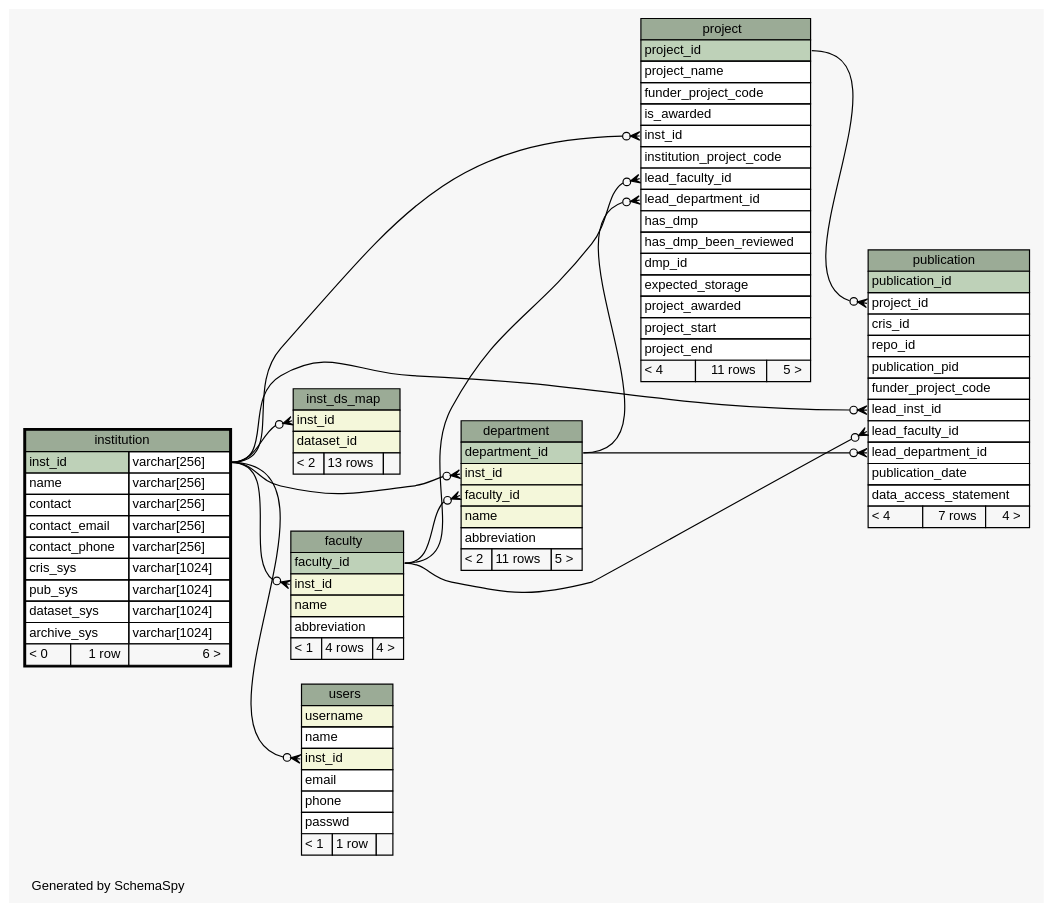
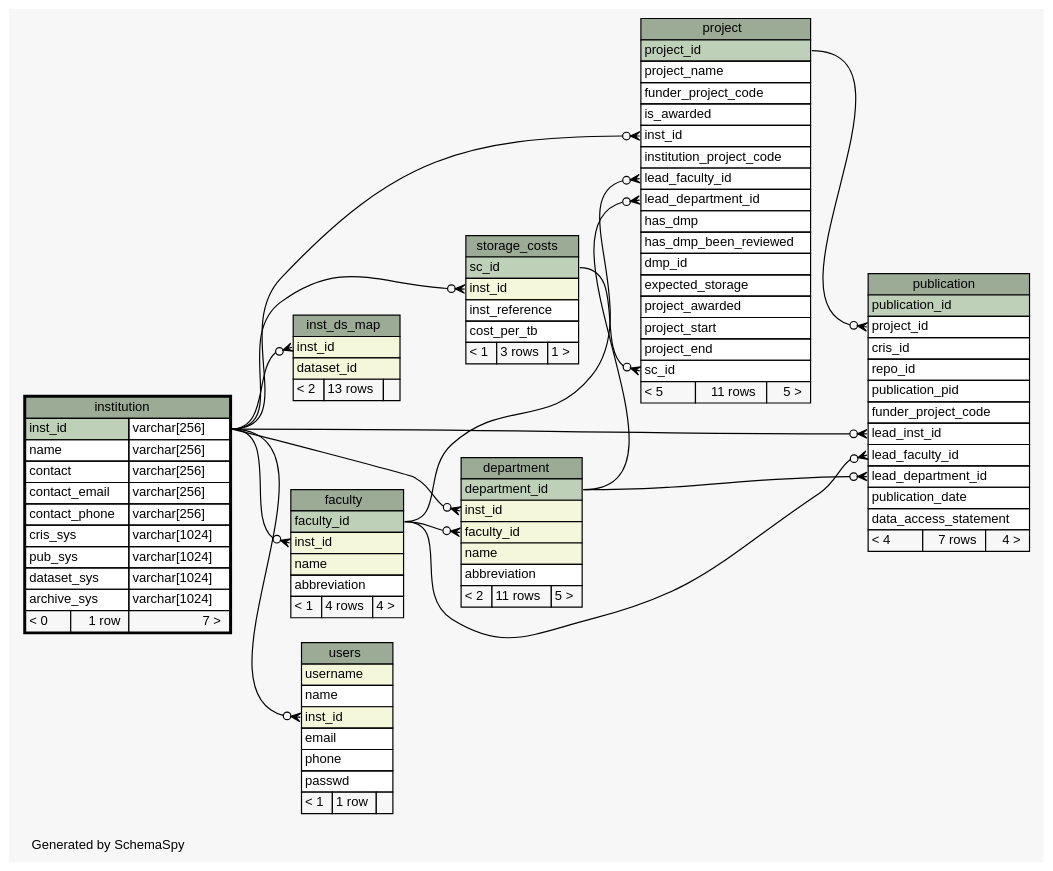
Before and after one commit to lulibrary/dmao_infrastructure: the diagram in ss.out/diagrams/institution.1degree.dot, drawn with Graphviz. The commit also changed 109 other files, not shown here.

Commit message:
some tidying up of no longer used stuff in nginx_dmaonline.conf, added a table and view to provide project expected storage costs

```diff
--- a/ss.out/diagrams/institution.1degree.dot
+++ b/ss.out/diagrams/institution.1degree.dot
@@ -1,149 +1,165 @@
 // dot 2.36.0 on Linux 3.13.0-55-generic
 // SchemaSpy rev 590
 digraph "oneDegreeRelationshipsDiagram" {
   graph [
     rankdir="RL"
     bgcolor="#f7f7f7"
     label="\nGenerated by SchemaSpy"
     labeljust="l"
     nodesep="0.18"
     ranksep="0.46"
     fontname="Helvetica"
     fontsize="11"
   ];
   node [
     fontname="Helvetica"
     fontsize="11"
     shape="plaintext"
   ];
   edge [
     arrowsize="0.8"
   ];
   "department":"faculty_id":w -> "faculty":"faculty_id":e [arrowhead=none dir=back arrowtail=crowodot];
   "department":"inst_id":w -> "institution":"inst_id.type":e [arrowhead=none dir=back arrowtail=crowodot];
   "faculty":"inst_id":w -> "institution":"inst_id.type":e [arrowhead=none dir=back arrowtail=crowodot];
   "inst_ds_map":"inst_id":w -> "institution":"inst_id.type":e [arrowhead=none dir=back arrowtail=crowodot];
   "project":"inst_id":w -> "institution":"inst_id.type":e [arrowhead=none dir=back arrowtail=crowodot];
   "project":"lead_department_id":w -> "department":"department_id":e [arrowhead=none dir=back arrowtail=crowodot];
   "project":"lead_faculty_id":w -> "faculty":"faculty_id":e [arrowhead=none dir=back arrowtail=crowodot];
+  "project":"sc_id":w -> "storage_costs":"sc_id":e [arrowhead=none dir=back arrowtail=crowodot];
   "publication":"lead_department_id":w -> "department":"department_id":e [arrowhead=none dir=back arrowtail=crowodot];
   "publication":"lead_faculty_id":w -> "faculty":"faculty_id":e [arrowhead=none dir=back arrowtail=crowodot];
   "publication":"lead_inst_id":w -> "institution":"inst_id.type":e [arrowhead=none dir=back arrowtail=crowodot];
   "publication":"project_id":w -> "project":"project_id":e [arrowhead=none dir=back arrowtail=crowodot];
+  "storage_costs":"inst_id":w -> "institution":"inst_id.type":e [arrowhead=none dir=back arrowtail=crowodot];
   "users":"inst_id":w -> "institution":"inst_id.type":e [arrowhead=none dir=back arrowtail=crowodot];
   "department" [
     label=<
     <TABLE BORDER="0" CELLBORDER="1" CELLSPACING="0" BGCOLOR="#ffffff">
       <TR><TD COLSPAN="3" BGCOLOR="#9bab96" ALIGN="CENTER">department</TD></TR>
       <TR><TD PORT="department_id" COLSPAN="3" BGCOLOR="#bed1b8" ALIGN="LEFT">department_id</TD></TR>
       <TR><TD PORT="inst_id" COLSPAN="3" BGCOLOR="#f4f7da" ALIGN="LEFT">inst_id</TD></TR>
       <TR><TD PORT="faculty_id" COLSPAN="3" BGCOLOR="#f4f7da" ALIGN="LEFT">faculty_id</TD></TR>
       <TR><TD PORT="name" COLSPAN="3" BGCOLOR="#f4f7da" ALIGN="LEFT">name</TD></TR>
       <TR><TD PORT="abbreviation" COLSPAN="3" ALIGN="LEFT">abbreviation</TD></TR>
       <TR><TD ALIGN="LEFT" BGCOLOR="#f7f7f7">&lt; 2</TD><TD ALIGN="RIGHT" BGCOLOR="#f7f7f7">11 rows</TD><TD ALIGN="RIGHT" BGCOLOR="#f7f7f7">5 &gt;</TD></TR>
     </TABLE>>
     URL="department.html"
     tooltip="department"
   ];
   "faculty" [
     label=<
     <TABLE BORDER="0" CELLBORDER="1" CELLSPACING="0" BGCOLOR="#ffffff">
       <TR><TD COLSPAN="3" BGCOLOR="#9bab96" ALIGN="CENTER">faculty</TD></TR>
       <TR><TD PORT="faculty_id" COLSPAN="3" BGCOLOR="#bed1b8" ALIGN="LEFT">faculty_id</TD></TR>
       <TR><TD PORT="inst_id" COLSPAN="3" BGCOLOR="#f4f7da" ALIGN="LEFT">inst_id</TD></TR>
       <TR><TD PORT="name" COLSPAN="3" BGCOLOR="#f4f7da" ALIGN="LEFT">name</TD></TR>
       <TR><TD PORT="abbreviation" COLSPAN="3" ALIGN="LEFT">abbreviation</TD></TR>
       <TR><TD ALIGN="LEFT" BGCOLOR="#f7f7f7">&lt; 1</TD><TD ALIGN="RIGHT" BGCOLOR="#f7f7f7">4 rows</TD><TD ALIGN="RIGHT" BGCOLOR="#f7f7f7">4 &gt;</TD></TR>
     </TABLE>>
     URL="faculty.html"
     tooltip="faculty"
   ];
   "inst_ds_map" [
     label=<
     <TABLE BORDER="0" CELLBORDER="1" CELLSPACING="0" BGCOLOR="#ffffff">
       <TR><TD COLSPAN="3" BGCOLOR="#9bab96" ALIGN="CENTER">inst_ds_map</TD></TR>
       <TR><TD PORT="inst_id" COLSPAN="3" BGCOLOR="#f4f7da" ALIGN="LEFT">inst_id</TD></TR>
       <TR><TD PORT="dataset_id" COLSPAN="3" BGCOLOR="#f4f7da" ALIGN="LEFT">dataset_id</TD></TR>
       <TR><TD ALIGN="LEFT" BGCOLOR="#f7f7f7">&lt; 2</TD><TD ALIGN="RIGHT" BGCOLOR="#f7f7f7">13 rows</TD><TD ALIGN="RIGHT" BGCOLOR="#f7f7f7">  </TD></TR>
     </TABLE>>
     URL="inst_ds_map.html"
     tooltip="inst_ds_map"
   ];
   "institution" [
     label=<
     <TABLE BORDER="2" CELLBORDER="1" CELLSPACING="0" BGCOLOR="#ffffff">
       <TR><TD COLSPAN="3" BGCOLOR="#9bab96" ALIGN="CENTER">institution</TD></TR>
       <TR><TD PORT="inst_id" COLSPAN="2" BGCOLOR="#bed1b8" ALIGN="LEFT">inst_id</TD><TD PORT="inst_id.type" ALIGN="LEFT">varchar[256]</TD></TR>
       <TR><TD PORT="name" COLSPAN="2" ALIGN="LEFT">name</TD><TD PORT="name.type" ALIGN="LEFT">varchar[256]</TD></TR>
       <TR><TD PORT="contact" COLSPAN="2" ALIGN="LEFT">contact</TD><TD PORT="contact.type" ALIGN="LEFT">varchar[256]</TD></TR>
       <TR><TD PORT="contact_email" COLSPAN="2" ALIGN="LEFT">contact_email</TD><TD PORT="contact_email.type" ALIGN="LEFT">varchar[256]</TD></TR>
       <TR><TD PORT="contact_phone" COLSPAN="2" ALIGN="LEFT">contact_phone</TD><TD PORT="contact_phone.type" ALIGN="LEFT">varchar[256]</TD></TR>
       <TR><TD PORT="cris_sys" COLSPAN="2" ALIGN="LEFT">cris_sys</TD><TD PORT="cris_sys.type" ALIGN="LEFT">varchar[1024]</TD></TR>
       <TR><TD PORT="pub_sys" COLSPAN="2" ALIGN="LEFT">pub_sys</TD><TD PORT="pub_sys.type" ALIGN="LEFT">varchar[1024]</TD></TR>
       <TR><TD PORT="dataset_sys" COLSPAN="2" ALIGN="LEFT">dataset_sys</TD><TD PORT="dataset_sys.type" ALIGN="LEFT">varchar[1024]</TD></TR>
       <TR><TD PORT="archive_sys" COLSPAN="2" ALIGN="LEFT">archive_sys</TD><TD PORT="archive_sys.type" ALIGN="LEFT">varchar[1024]</TD></TR>
-      <TR><TD ALIGN="LEFT" BGCOLOR="#f7f7f7">&lt; 0</TD><TD ALIGN="RIGHT" BGCOLOR="#f7f7f7">1 row</TD><TD ALIGN="RIGHT" BGCOLOR="#f7f7f7">6 &gt;</TD></TR>
+      <TR><TD ALIGN="LEFT" BGCOLOR="#f7f7f7">&lt; 0</TD><TD ALIGN="RIGHT" BGCOLOR="#f7f7f7">1 row</TD><TD ALIGN="RIGHT" BGCOLOR="#f7f7f7">7 &gt;</TD></TR>
     </TABLE>>
     URL="institution.html"
     tooltip="institution"
   ];
   "project" [
     label=<
     <TABLE BORDER="0" CELLBORDER="1" CELLSPACING="0" BGCOLOR="#ffffff">
       <TR><TD COLSPAN="3" BGCOLOR="#9bab96" ALIGN="CENTER">project</TD></TR>
       <TR><TD PORT="project_id" COLSPAN="3" BGCOLOR="#bed1b8" ALIGN="LEFT">project_id</TD></TR>
       <TR><TD PORT="project_name" COLSPAN="3" ALIGN="LEFT">project_name</TD></TR>
       <TR><TD PORT="funder_project_code" COLSPAN="3" ALIGN="LEFT">funder_project_code</TD></TR>
       <TR><TD PORT="is_awarded" COLSPAN="3" ALIGN="LEFT">is_awarded</TD></TR>
       <TR><TD PORT="inst_id" COLSPAN="3" ALIGN="LEFT">inst_id</TD></TR>
       <TR><TD PORT="institution_project_code" COLSPAN="3" ALIGN="LEFT">institution_project_code</TD></TR>
       <TR><TD PORT="lead_faculty_id" COLSPAN="3" ALIGN="LEFT">lead_faculty_id</TD></TR>
       <TR><TD PORT="lead_department_id" COLSPAN="3" ALIGN="LEFT">lead_department_id</TD></TR>
       <TR><TD PORT="has_dmp" COLSPAN="3" ALIGN="LEFT">has_dmp</TD></TR>
       <TR><TD PORT="has_dmp_been_reviewed" COLSPAN="3" ALIGN="LEFT">has_dmp_been_reviewed</TD></TR>
       <TR><TD PORT="dmp_id" COLSPAN="3" ALIGN="LEFT">dmp_id</TD></TR>
       <TR><TD PORT="expected_storage" COLSPAN="3" ALIGN="LEFT">expected_storage</TD></TR>
       <TR><TD PORT="project_awarded" COLSPAN="3" ALIGN="LEFT">project_awarded</TD></TR>
       <TR><TD PORT="project_start" COLSPAN="3" ALIGN="LEFT">project_start</TD></TR>
       <TR><TD PORT="project_end" COLSPAN="3" ALIGN="LEFT">project_end</TD></TR>
-      <TR><TD ALIGN="LEFT" BGCOLOR="#f7f7f7">&lt; 4</TD><TD ALIGN="RIGHT" BGCOLOR="#f7f7f7">11 rows</TD><TD ALIGN="RIGHT" BGCOLOR="#f7f7f7">5 &gt;</TD></TR>
+      <TR><TD PORT="sc_id" COLSPAN="3" ALIGN="LEFT">sc_id</TD></TR>
+      <TR><TD ALIGN="LEFT" BGCOLOR="#f7f7f7">&lt; 5</TD><TD ALIGN="RIGHT" BGCOLOR="#f7f7f7">11 rows</TD><TD ALIGN="RIGHT" BGCOLOR="#f7f7f7">5 &gt;</TD></TR>
     </TABLE>>
     URL="project.html"
     tooltip="project"
   ];
   "publication" [
     label=<
     <TABLE BORDER="0" CELLBORDER="1" CELLSPACING="0" BGCOLOR="#ffffff">
       <TR><TD COLSPAN="3" BGCOLOR="#9bab96" ALIGN="CENTER">publication</TD></TR>
       <TR><TD PORT="publication_id" COLSPAN="3" BGCOLOR="#bed1b8" ALIGN="LEFT">publication_id</TD></TR>
       <TR><TD PORT="project_id" COLSPAN="3" ALIGN="LEFT">project_id</TD></TR>
       <TR><TD PORT="cris_id" COLSPAN="3" ALIGN="LEFT">cris_id</TD></TR>
       <TR><TD PORT="repo_id" COLSPAN="3" ALIGN="LEFT">repo_id</TD></TR>
       <TR><TD PORT="publication_pid" COLSPAN="3" ALIGN="LEFT">publication_pid</TD></TR>
       <TR><TD PORT="funder_project_code" COLSPAN="3" ALIGN="LEFT">funder_project_code</TD></TR>
       <TR><TD PORT="lead_inst_id" COLSPAN="3" ALIGN="LEFT">lead_inst_id</TD></TR>
       <TR><TD PORT="lead_faculty_id" COLSPAN="3" ALIGN="LEFT">lead_faculty_id</TD></TR>
       <TR><TD PORT="lead_department_id" COLSPAN="3" ALIGN="LEFT">lead_department_id</TD></TR>
       <TR><TD PORT="publication_date" COLSPAN="3" ALIGN="LEFT">publication_date</TD></TR>
       <TR><TD PORT="data_access_statement" COLSPAN="3" ALIGN="LEFT">data_access_statement</TD></TR>
       <TR><TD ALIGN="LEFT" BGCOLOR="#f7f7f7">&lt; 4</TD><TD ALIGN="RIGHT" BGCOLOR="#f7f7f7">7 rows</TD><TD ALIGN="RIGHT" BGCOLOR="#f7f7f7">4 &gt;</TD></TR>
     </TABLE>>
     URL="publication.html"
     tooltip="publication"
   ];
+  "storage_costs" [
+    label=<
+    <TABLE BORDER="0" CELLBORDER="1" CELLSPACING="0" BGCOLOR="#ffffff">
+      <TR><TD COLSPAN="3" BGCOLOR="#9bab96" ALIGN="CENTER">storage_costs</TD></TR>
+      <TR><TD PORT="sc_id" COLSPAN="3" BGCOLOR="#bed1b8" ALIGN="LEFT">sc_id</TD></TR>
+      <TR><TD PORT="inst_id" COLSPAN="3" BGCOLOR="#f4f7da" ALIGN="LEFT">inst_id</TD></TR>
+      <TR><TD PORT="inst_reference" COLSPAN="3" ALIGN="LEFT">inst_reference</TD></TR>
+      <TR><TD PORT="cost_per_tb" COLSPAN="3" ALIGN="LEFT">cost_per_tb</TD></TR>
+      <TR><TD ALIGN="LEFT" BGCOLOR="#f7f7f7">&lt; 1</TD><TD ALIGN="RIGHT" BGCOLOR="#f7f7f7">3 rows</TD><TD ALIGN="RIGHT" BGCOLOR="#f7f7f7">1 &gt;</TD></TR>
+    </TABLE>>
+    URL="storage_costs.html"
+    tooltip="storage_costs"
+  ];
   "users" [
     label=<
     <TABLE BORDER="0" CELLBORDER="1" CELLSPACING="0" BGCOLOR="#ffffff">
       <TR><TD COLSPAN="3" BGCOLOR="#9bab96" ALIGN="CENTER">users</TD></TR>
       <TR><TD PORT="username" COLSPAN="3" BGCOLOR="#f4f7da" ALIGN="LEFT">username</TD></TR>
       <TR><TD PORT="name" COLSPAN="3" ALIGN="LEFT">name</TD></TR>
       <TR><TD PORT="inst_id" COLSPAN="3" BGCOLOR="#f4f7da" ALIGN="LEFT">inst_id</TD></TR>
       <TR><TD PORT="email" COLSPAN="3" ALIGN="LEFT">email</TD></TR>
       <TR><TD PORT="phone" COLSPAN="3" ALIGN="LEFT">phone</TD></TR>
       <TR><TD PORT="passwd" COLSPAN="3" ALIGN="LEFT">passwd</TD></TR>
       <TR><TD ALIGN="LEFT" BGCOLOR="#f7f7f7">&lt; 1</TD><TD ALIGN="RIGHT" BGCOLOR="#f7f7f7">1 row</TD><TD ALIGN="RIGHT" BGCOLOR="#f7f7f7">  </TD></TR>
     </TABLE>>
     URL="users.html"
     tooltip="users"
   ];
 }
```
